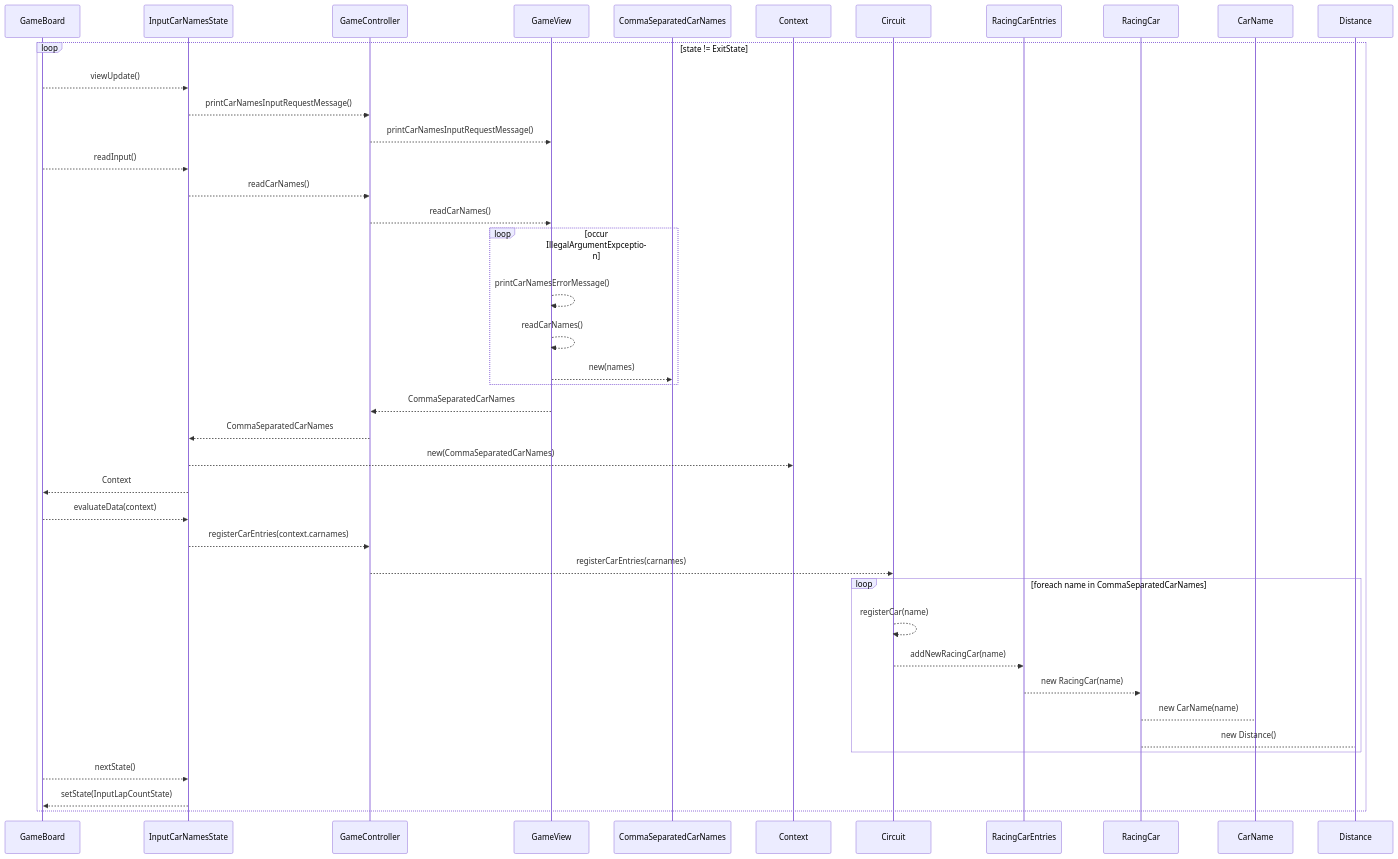
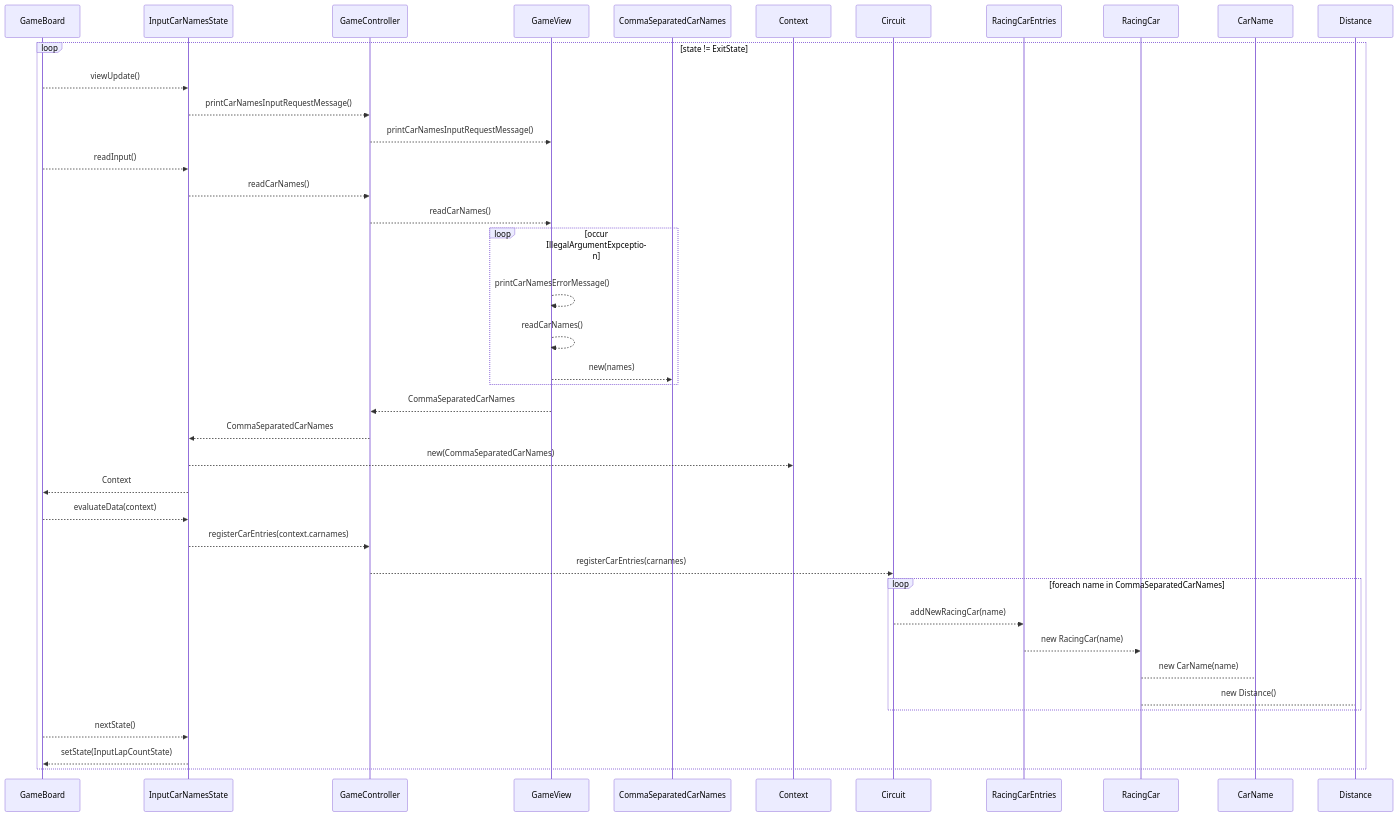
Before and after one commit to digiry/java-racingcar-precourse: the third of 8 diagrams in docs/sequence_diagram.md, drawn with Mermaid.

Commit message:
docs: remove useless activity

````diff
--- a/docs/sequence_diagram.md
+++ b/docs/sequence_diagram.md
@@ -64,50 +64,49 @@
 ```mermaid
 sequenceDiagram
     participant GameBoard
     participant InputCarNamesState
     participant GameController
     participant GameView
     participant CommaSeparatedCarNames
     participant Context
     participant Circuit
     participant RacingCarEntries
     participant RacingCar
     participant CarName
     participant Distance
 
     loop state != ExitState
         GameBoard -->> InputCarNamesState: viewUpdate()
         InputCarNamesState -->> GameController: printCarNamesInputRequestMessage()
         GameController -->> GameView: printCarNamesInputRequestMessage()
 
         GameBoard -->> InputCarNamesState: readInput()
         InputCarNamesState -->> GameController: readCarNames()
         GameController -->> GameView: readCarNames()
 
         loop occur IllegalArgumentExpception
             GameView -->> GameView: printCarNamesErrorMessage()
             GameView -->> GameView: readCarNames()
             GameView -->> CommaSeparatedCarNames: new(names)
         end
 
         GameView -->> GameController : CommaSeparatedCarNames
         GameController -->> InputCarNamesState : CommaSeparatedCarNames
         InputCarNamesState -->> Context : new(CommaSeparatedCarNames)
         InputCarNamesState -->> GameBoard : Context
 
         GameBoard -->> InputCarNamesState : evaluateData(context)
         InputCarNamesState -->> GameController : registerCarEntries(context.carnames)
         GameController -->> Circuit : registerCarEntries(carnames)
 
         loop foreach name in CommaSeparatedCarNames
-            Circuit -->> Circuit : registerCar(name)
             Circuit -->> RacingCarEntries : addNewRacingCar(name)
             RacingCarEntries -->> RacingCar : new RacingCar(name)
             RacingCar --> CarName : new CarName(name)
             RacingCar --> Distance : new Distance()
         end
 
         GameBoard -->> InputCarNamesState : nextState()
         InputCarNamesState -->> GameBoard : setState(InputLapCountState)
     end
 ```
````
